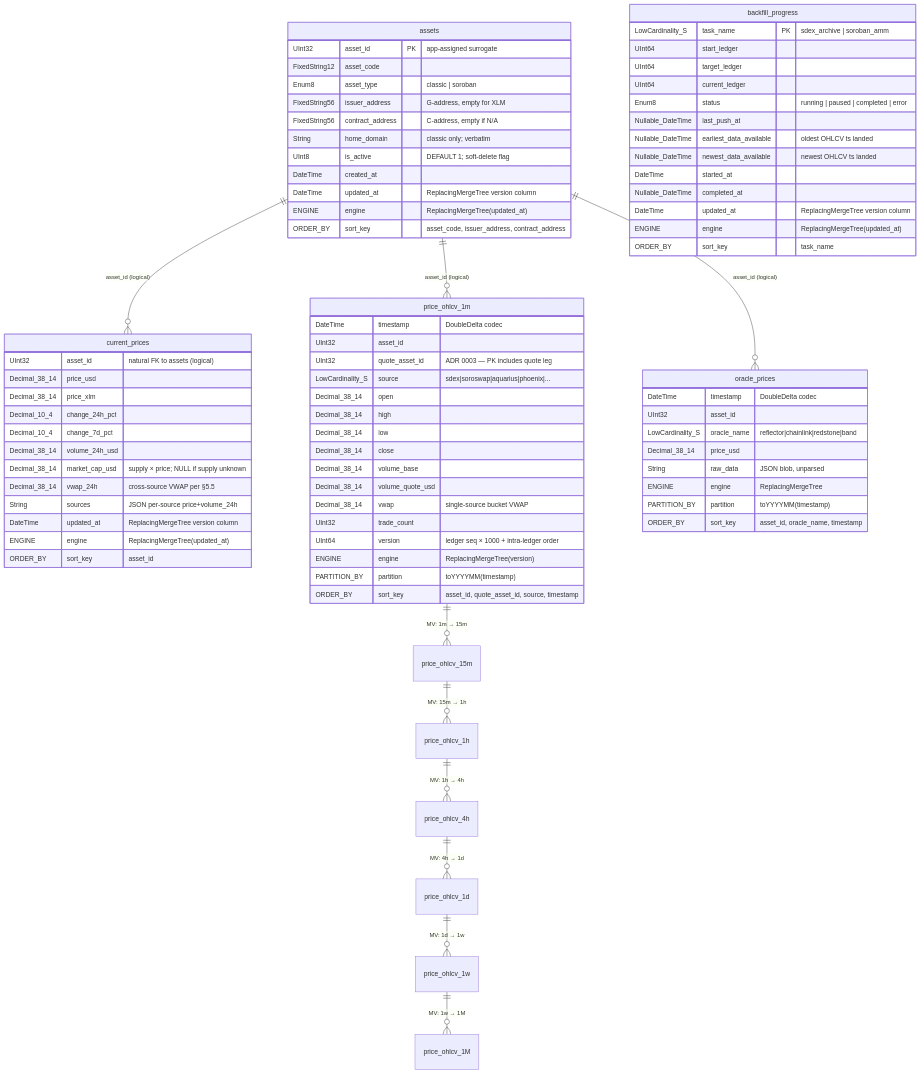
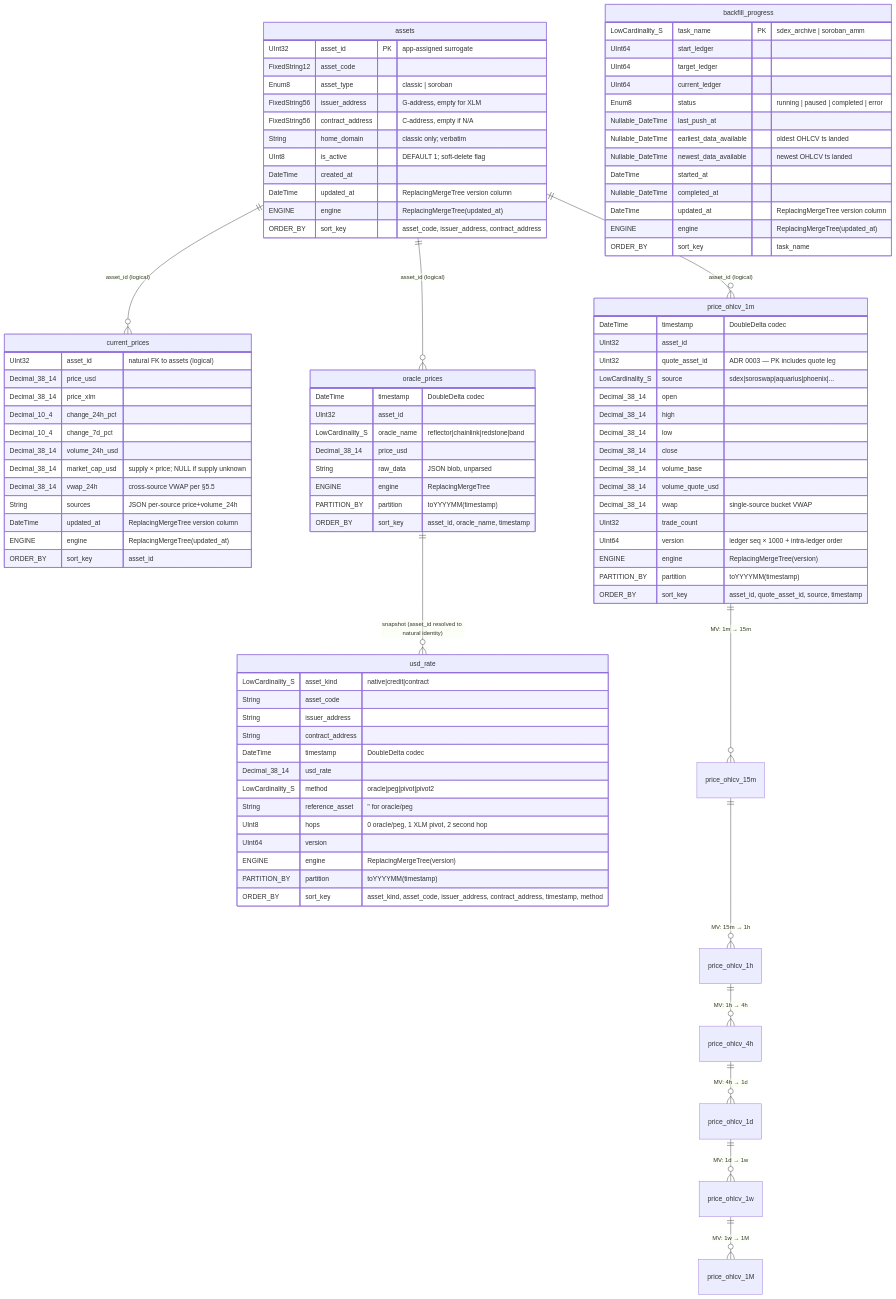
One commit to rumblefishdev/stellar-prices-api changed the third of 13 diagrams in docs/database-schema/database-schema-overview.md. Above: the diagram before and after it, drawn with Mermaid. The commit also changed other lines of this file, not shown here.

First line of the commit message:
docs(lore-0167): document prices.usd_rate in the database-schema overview

```diff
--- a/docs/database-schema/database-schema-overview.md
+++ b/docs/database-schema/database-schema-overview.md
@@ -200,6 +200,7 @@
     assets ||--o{ current_prices  : "asset_id (logical)"
     assets ||--o{ price_ohlcv_1m  : "asset_id (logical)"
     assets ||--o{ oracle_prices   : "asset_id (logical)"
+    oracle_prices ||--o{ usd_rate : "snapshot (asset_id resolved to natural identity)"
     price_ohlcv_1m ||--o{ price_ohlcv_15m : "MV: 1m → 15m"
     price_ohlcv_15m ||--o{ price_ohlcv_1h : "MV: 15m → 1h"
     price_ohlcv_1h  ||--o{ price_ohlcv_4h : "MV: 1h → 4h"
@@ -266,6 +267,22 @@
         ORDER_BY           sort_key "asset_id, oracle_name, timestamp"
     }
 
+    usd_rate {
+        LowCardinality_S   asset_kind "native|credit|contract"
+        String             asset_code
+        String             issuer_address
+        String             contract_address
+        DateTime           timestamp "DoubleDelta codec"
+        Decimal_38_14      usd_rate
+        LowCardinality_S   method "oracle|peg|pivot|pivot2"
+        String             reference_asset "'' for oracle/peg"
+        UInt8              hops "0 oracle/peg, 1 XLM pivot, 2 second hop"
+        UInt64             version
+        ENGINE             engine "ReplacingMergeTree(version)"
+        PARTITION_BY       partition "toYYYYMM(timestamp)"
+        ORDER_BY           sort_key "asset_kind, asset_code, issuer_address, contract_address, timestamp, method"
+    }
+
     backfill_progress {
         LowCardinality_S   task_name PK "sdex_archive | soroban_amm"
         UInt64             start_ledger
```
